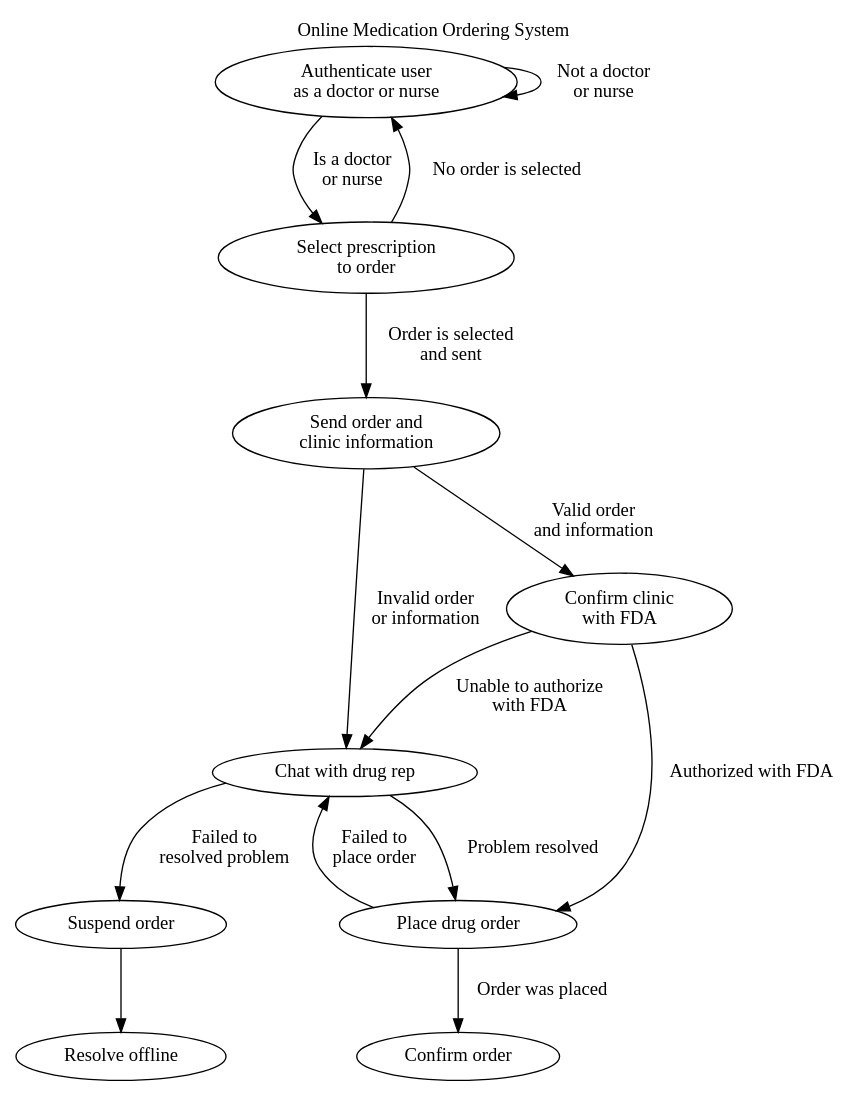
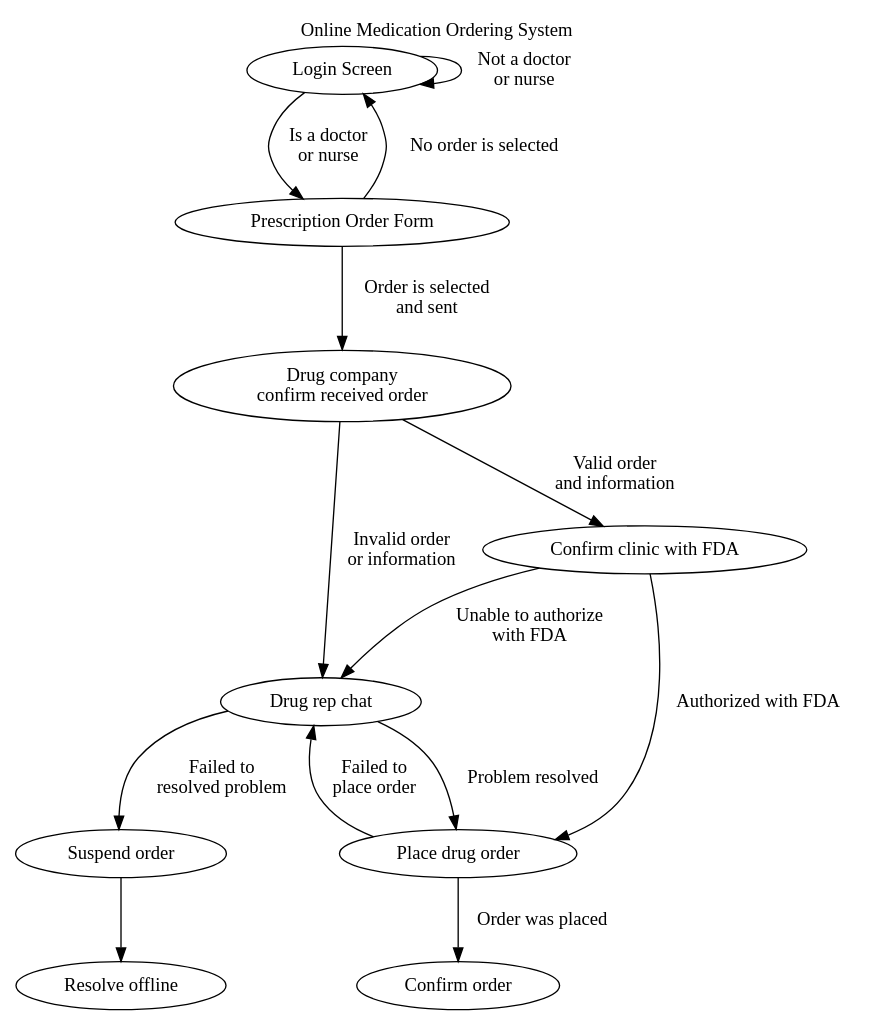
One commit to bheads/papers changed the diagram in HCI/HW3/hw3.dot. Above: the diagram before and after it, drawn with Graphviz. The commit also changed 48 other files, not shown here.

```diff
--- a/HCI/HW3/hw3.dot
+++ b/HCI/HW3/hw3.dot
@@ -1,37 +1,37 @@
 digraph HW3 {
     compound=true;
     ranksep=0.65;
     labelloc=t;
     label="Online Medication Ordering System";
     epsilon=0.1;
 
     edge [arrowsize=1, color=black];
 
-    Auth_user [label="Authenticate user \nas a doctor or nurse"];
-    Sel_order [label="Select prescription \nto order"];
-    Send_order [label="Send order and \nclinic information"];
-    chat [label="Chat with drug rep"];
-    FDA [label="Confirm clinic \nwith FDA"];
+    Auth_user [label="Login Screen"];
+    Sel_order [label="Prescription Order Form"];
+    Send_order [label="Drug company \nconfirm received order"];
+    chat [label="Drug rep chat"];
+    FDA [label="Confirm clinic with FDA"];
     Place_order [label="Place drug order"];
     Confirm [label="Confirm order"];
     Sus_order [label="Suspend order"];
     Offline [label="Resolve offline"];
 
 
     Auth_user -> Auth_user [label="Not a doctor \nor nurse"];
     Auth_user -> Sel_order [label="Is a doctor \nor nurse"];
     Sel_order -> Auth_user [label="No order is selected"];
     Sel_order -> Send_order [label="Order is selected \nand sent"];
     Send_order -> chat [label="Invalid order \nor information"];
     Send_order -> FDA [label="Valid order \nand information" ];
 
     FDA -> chat [label="Unable to authorize \nwith FDA"];
     FDA -> Place_order [label="Authorized with FDA"];
     Place_order -> Confirm [label="Order was placed"];
     Place_order -> chat [label="Failed to \nplace order"];
 
     chat -> Sus_order [label="Failed to \nresolved problem"];
     chat -> Place_order [label="Problem resolved"];
     Sus_order -> Offline;
 
 }
```
